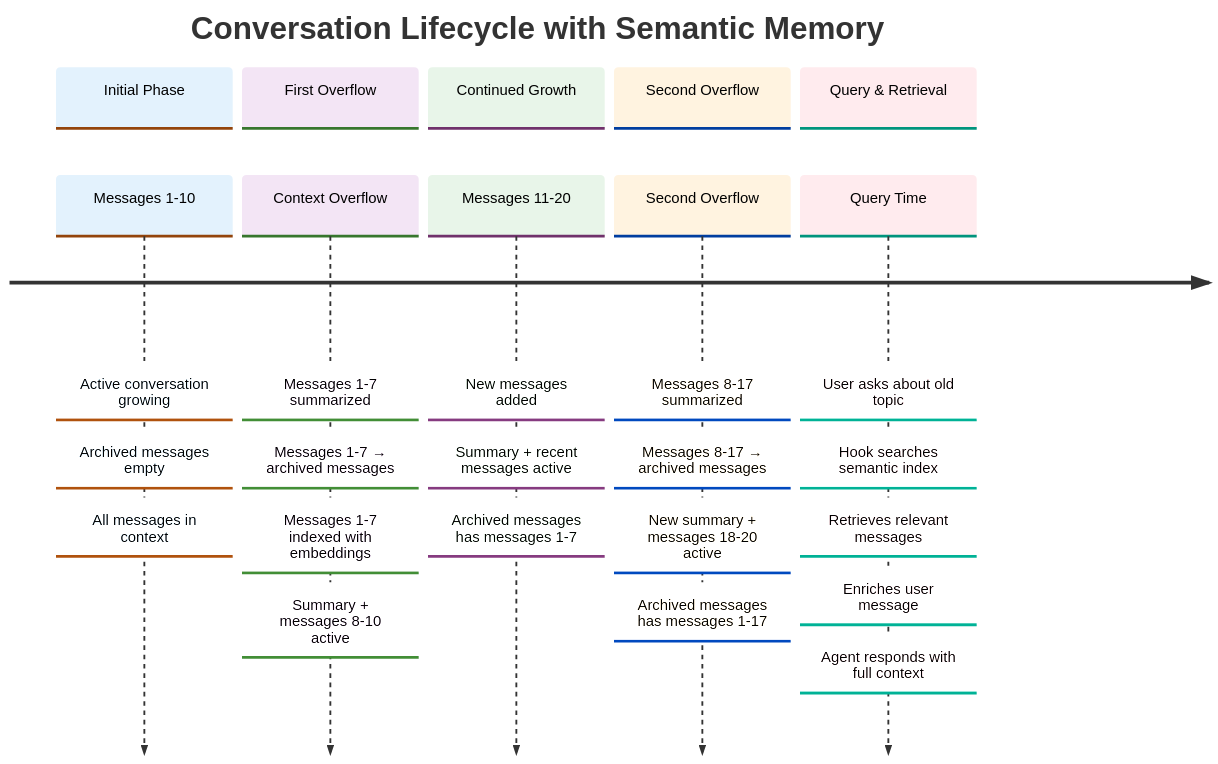
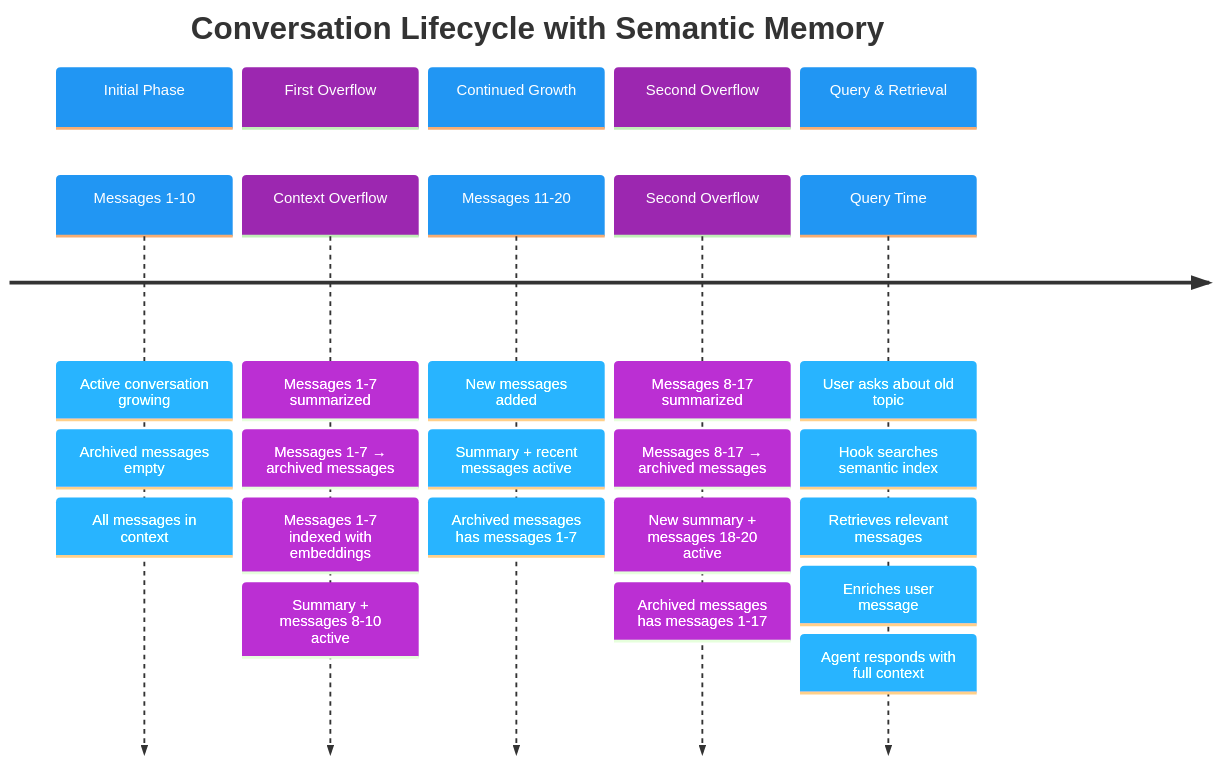
The third of 5 diagrams in README.md (danilop/strands-agents-semantic-summarizing-conversation-manager), drawn with Mermaid before and after one commit.

Commit message:
Update timeline with saturated colors in alternating pattern
- Use saturated blue (#2196F3) and purple (#9C27B0) colors
- Alternate between blue and purple across all 5 sections
- Change text to white for better contrast on dark backgrounds
- Create vibrant tube map aesthetic with repeated color pattern

````diff
--- a/README.md
+++ b/README.md
@@ -253,48 +253,48 @@
 ```mermaid
 %%{init: {
   'theme': 'base',
   'themeVariables': {
-    'cScale0': '#E3F2FD',
-    'cScale1': '#F3E5F5',
-    'cScale2': '#E8F5E9',
-    'cScale3': '#FFF3E0',
-    'cScale4': '#FFEBEE',
-    'cScaleLabel0': '#000',
-    'cScaleLabel1': '#000',
-    'cScaleLabel2': '#000',
-    'cScaleLabel3': '#000',
-    'cScaleLabel4': '#000'
+    'cScale0': '#2196F3',
+    'cScale1': '#9C27B0',
+    'cScale2': '#2196F3',
+    'cScale3': '#9C27B0',
+    'cScale4': '#2196F3',
+    'cScaleLabel0': '#FFF',
+    'cScaleLabel1': '#FFF',
+    'cScaleLabel2': '#FFF',
+    'cScaleLabel3': '#FFF',
+    'cScaleLabel4': '#FFF'
   }
 }}%%
 timeline
     title Conversation Lifecycle with Semantic Memory
 
     section Initial Phase
         Messages 1-10           : Active conversation growing
                                 : Archived messages empty
                                 : All messages in context
 
     section First Overflow
         Context Overflow        : Messages 1-7 summarized
                                 : Messages 1-7 → archived messages
                                 : Messages 1-7 indexed with embeddings
                                 : Summary + messages 8-10 active
 
     section Continued Growth
         Messages 11-20          : New messages added
                                 : Summary + recent messages active
                                 : Archived messages has messages 1-7
 
     section Second Overflow
         Second Overflow         : Messages 8-17 summarized
                                 : Messages 8-17 → archived messages
                                 : New summary + messages 18-20 active
                                 : Archived messages has messages 1-17
 
     section Query & Retrieval
         Query Time              : User asks about old topic
                                 : Hook searches semantic index
                                 : Retrieves relevant messages
                                 : Enriches user message
                                 : Agent responds with full context
 ```
````
